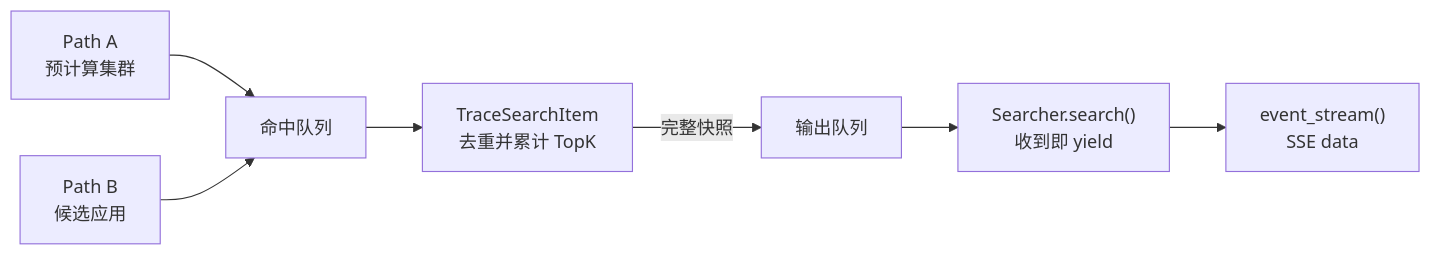
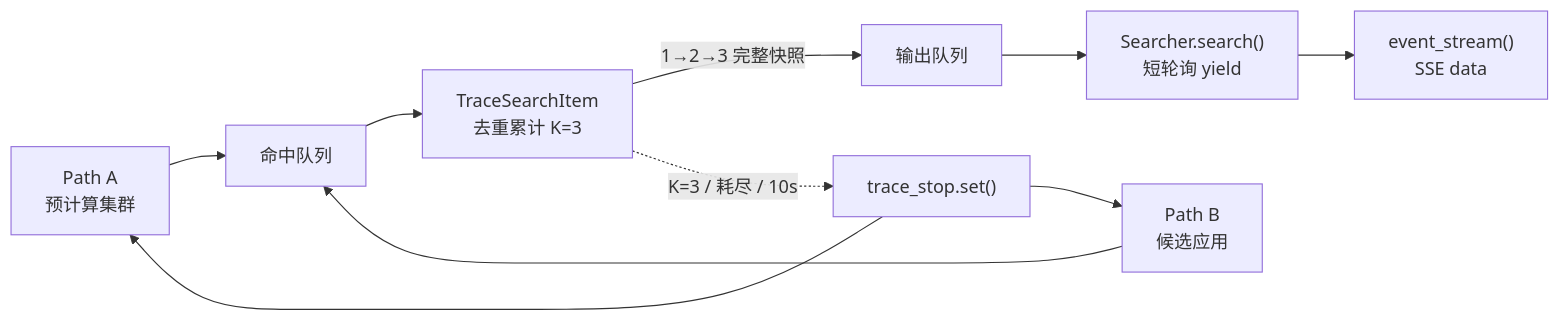
The second of 2 diagrams in knowledge/bkmonitor/issues/2026-05-02-overview-trace-id-low-latency-search/PLAN.md (ZhuoZhuoCrayon/ai-workspace), drawn with Mermaid before and after one commit. The commit also changed other lines of this file and 3 other files, not shown here.

Commit message:
docs(knowledge): tighten streaming trace search timeout design

````diff
--- a/knowledge/bkmonitor/issues/2026-05-02-overview-trace-id-low-latency-search/PLAN.md
+++ b/knowledge/bkmonitor/issues/2026-05-02-overview-trace-id-low-latency-search/PLAN.md
@@ -132,9 +140,12 @@
 ```mermaid
 flowchart LR
     A["Path A<br/>预计算集群"] --> H["命中队列"]
     B["Path B<br/>候选应用"] --> H
-    H --> T["TraceSearchItem<br/>去重并累计 TopK"]
-    T -- "完整快照" --> O["输出队列"]
-    O --> S["Searcher.search()<br/>收到即 yield"]
+    H --> T["TraceSearchItem<br/>去重累计 K=3"]
+    T -- "1→2→3 完整快照" --> O["输出队列"]
+    O --> S["Searcher.search()<br/>短轮询 yield"]
     S --> V["event_stream()<br/>SSE data"]
+    T -. "K=3 / 耗尽 / 10s" .-> E["trace_stop.set()"]
+    E --> A
+    E --> B
 ```
````
